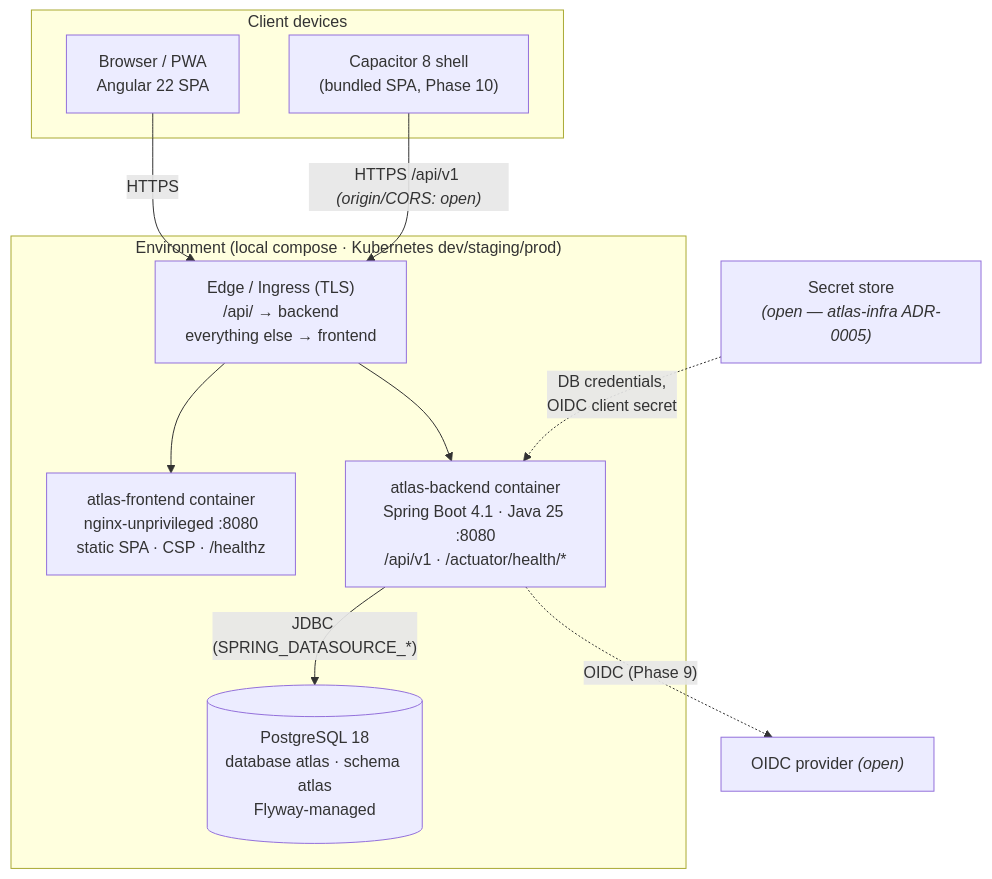
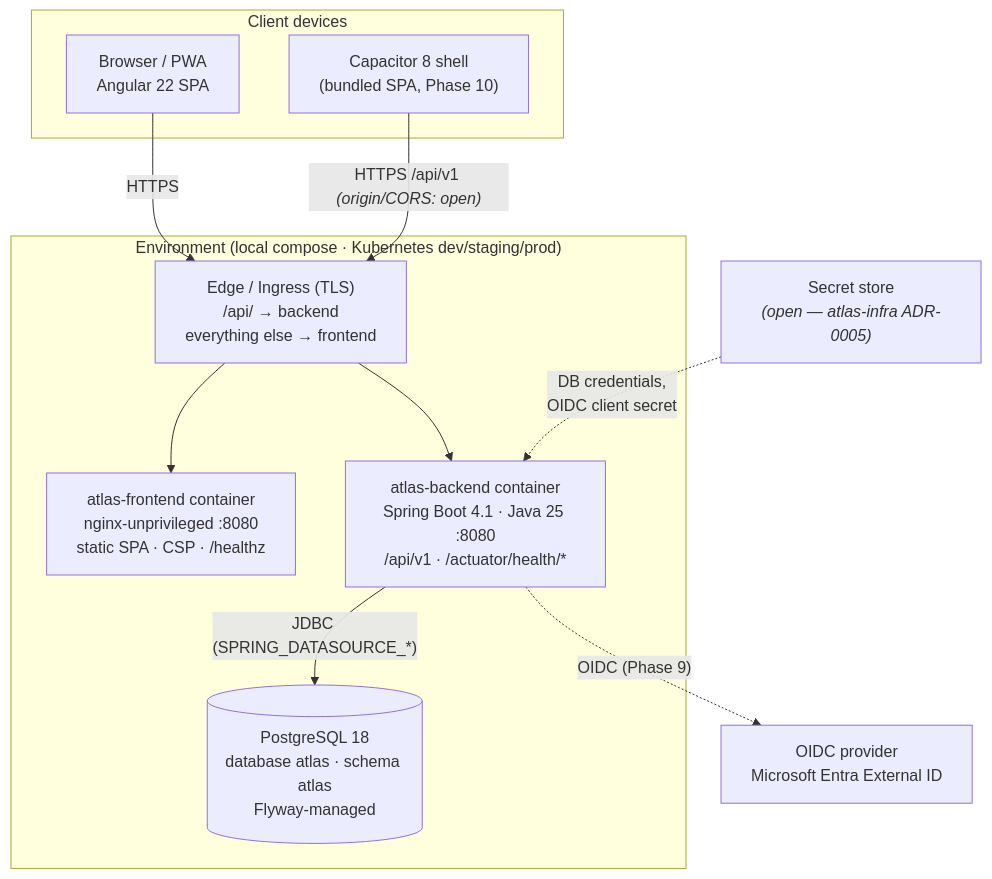
Before and after one commit to hsnrzv/atlas: the second of 3 diagrams in docs/architecture/CONTEXT.md, drawn with Mermaid. The commit also changed other lines of this file and 3 other files, not shown here.

Commit message:
docs: update context and implementation roadmap with recent decisions and Azure services details

````diff
--- a/docs/architecture/CONTEXT.md
+++ b/docs/architecture/CONTEXT.md
@@ -54,25 +54,25 @@
 ```mermaid
 flowchart TB
   subgraph client["Client devices"]
     browser["Browser / PWA<br/>Angular 22 SPA"]
     capapp["Capacitor 8 shell<br/>(bundled SPA, Phase 10)"]
   end
 
   subgraph env["Environment (local compose · Kubernetes dev/staging/prod)"]
     edge["Edge / Ingress (TLS)<br/>/api/ → backend<br/>everything else → frontend"]
     fe["atlas-frontend container<br/>nginx-unprivileged :8080<br/>static SPA · CSP · /healthz"]
     be["atlas-backend container<br/>Spring Boot 4.1 · Java 25 :8080<br/>/api/v1 · /actuator/health/*"]
     db[("PostgreSQL 18<br/>database atlas · schema atlas<br/>Flyway-managed")]
   end
 
   secrets["Secret store<br/><i>(open — atlas-infra ADR-0005)</i>"]
-  idp["OIDC provider <i>(open)</i>"]
+  idp["OIDC provider<br/>Microsoft Entra External ID"]
 
   browser -- "HTTPS" --> edge
   capapp -- "HTTPS /api/v1 <i>(origin/CORS: open)</i>" --> edge
   edge --> fe
   edge --> be
   be -- "JDBC (SPRING_DATASOURCE_*)" --> db
   be -. "OIDC (Phase 9)" .-> idp
   secrets -. "DB credentials,<br/>OIDC client secret" .-> be
 ```
````
